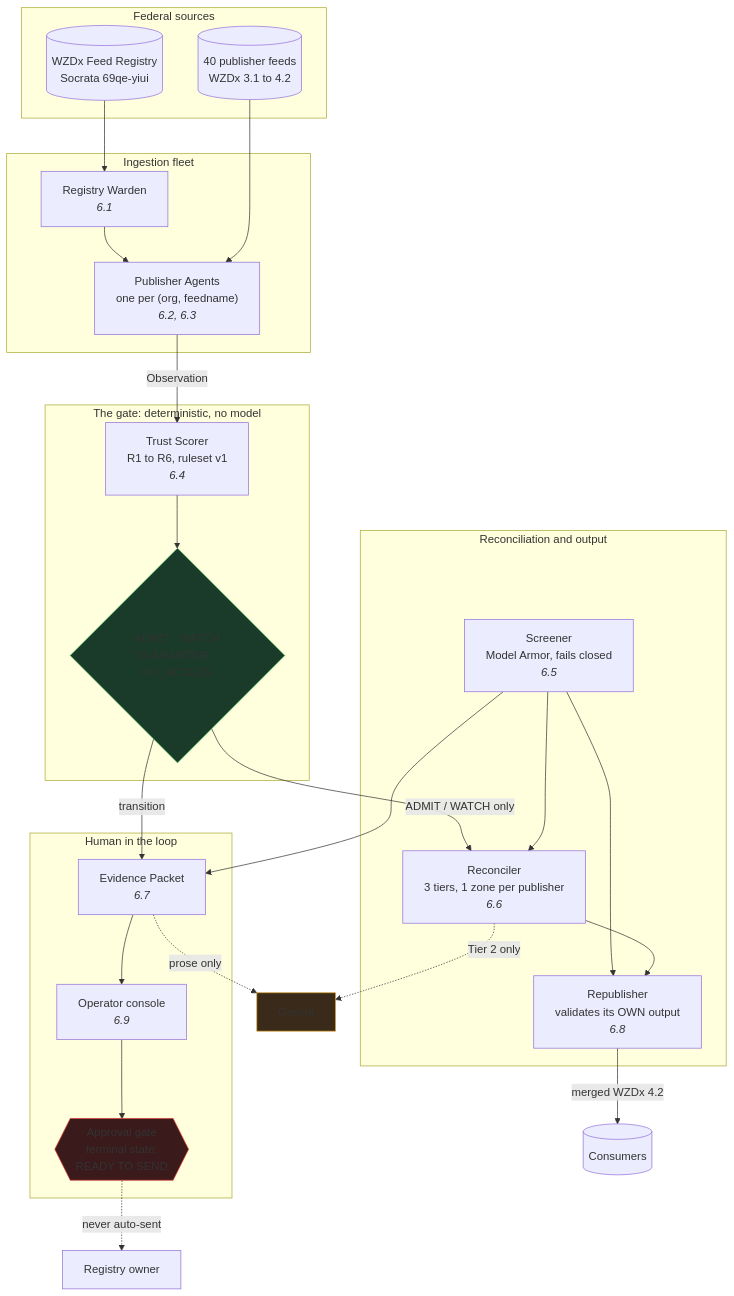
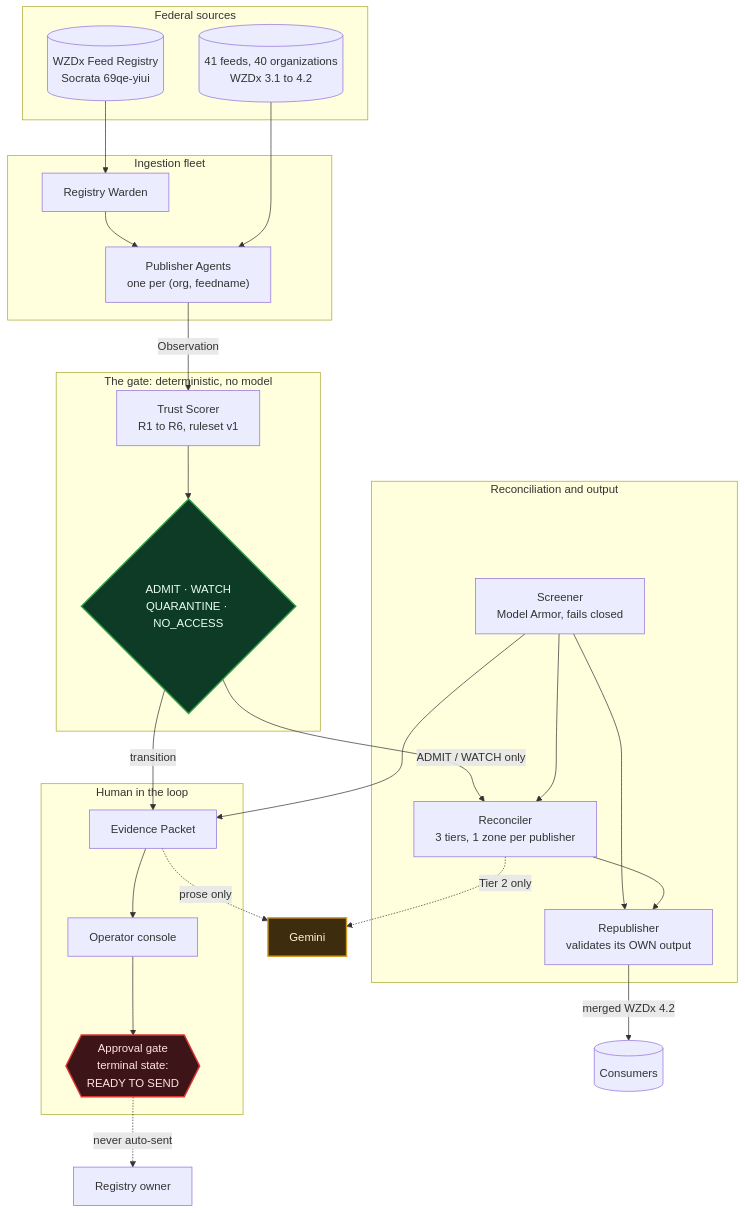
One commit to sneg55/interchange changed the first of 3 diagrams in docs/architecture.md. Above: the diagram before and after it, drawn with Mermaid. The commit also changed 3 other files, not shown here.

First line of the commit message:
Put the architecture diagram in the README, and a CI run behind the badge

````diff
--- a/docs/architecture.md
+++ b/docs/architecture.md
@@ -8,51 +8,54 @@
 ```mermaid
 flowchart TB
   subgraph Federal["Federal sources"]
     REG[("WZDx Feed Registry<br/>Socrata 69qe-yiui")]
-    FEEDS[("40 publisher feeds<br/>WZDx 3.1 to 4.2")]
+    FEEDS[("41 feeds, 40 organizations<br/>WZDx 3.1 to 4.2")]
   end
 
   subgraph Fleet["Ingestion fleet"]
-    WARDEN["Registry Warden<br/><i>6.1</i>"]
-    AGENTS["Publisher Agents<br/>one per (org, feedname)<br/><i>6.2, 6.3</i>"]
+    WARDEN["Registry Warden"]
+    AGENTS["Publisher Agents<br/>one per (org, feedname)"]
   end
 
   subgraph Gate["The gate: deterministic, no model"]
-    SCORER["Trust Scorer<br/>R1 to R6, ruleset v1<br/><i>6.4</i>"]
+    SCORER["Trust Scorer<br/>R1 to R6, ruleset v1"]
     STATE{"ADMIT · WATCH<br/>QUARANTINE · NO_ACCESS"}
   end
 
   subgraph Merge["Reconciliation and output"]
-    SCREEN["Screener<br/>Model Armor, fails closed<br/><i>6.5</i>"]
-    RECON["Reconciler<br/>3 tiers, 1 zone per publisher<br/><i>6.6</i>"]
-    PUB["Republisher<br/>validates its OWN output<br/><i>6.8</i>"]
+    SCREEN["Screener<br/>Model Armor, fails closed"]
+    RECON["Reconciler<br/>3 tiers, 1 zone per publisher"]
+    PUB["Republisher<br/>validates its OWN output"]
   end
 
   subgraph Human["Human in the loop"]
-    PACKET["Evidence Packet<br/><i>6.7</i>"]
-    CONSOLE["Operator console<br/><i>6.9</i>"]
+    PACKET["Evidence Packet"]
+    CONSOLE["Operator console"]
     APPROVE{{"Approval gate<br/>terminal state:<br/>READY TO SEND"}}
   end
 
   GEM["Gemini"]
 
   REG --> WARDEN --> AGENTS
   FEEDS --> AGENTS
   AGENTS -->|Observation| SCORER --> STATE
   STATE -->|"ADMIT / WATCH only"| RECON
   STATE -->|transition| PACKET
   SCREEN --> RECON
   SCREEN --> PUB
   SCREEN --> PACKET
   RECON --> PUB
   PUB -->|"merged WZDx 4.2"| OUT[("Consumers")]
   PACKET --> CONSOLE --> APPROVE
   APPROVE -.->|"never auto-sent"| REGOWNER["Registry owner"]
 
   RECON -.->|"Tier 2 only"| GEM
   PACKET -.->|"prose only"| GEM
 
-  style STATE fill:#1a3a2a,stroke:#2ea043
-  style GEM fill:#3a2a1a,stroke:#d29922
-  style APPROVE fill:#3a1a1a,stroke:#da3633
+  classDef gate fill:#0d3b25,stroke:#2ea043,stroke-width:2px,color:#e8ffef
+  classDef model fill:#3d2c0d,stroke:#d29922,stroke-width:2px,color:#fff4d6
+  classDef human fill:#3d1417,stroke:#da3633,stroke-width:2px,color:#ffe3e3
+  class STATE gate
+  class GEM model
+  class APPROVE human
 ```
````
